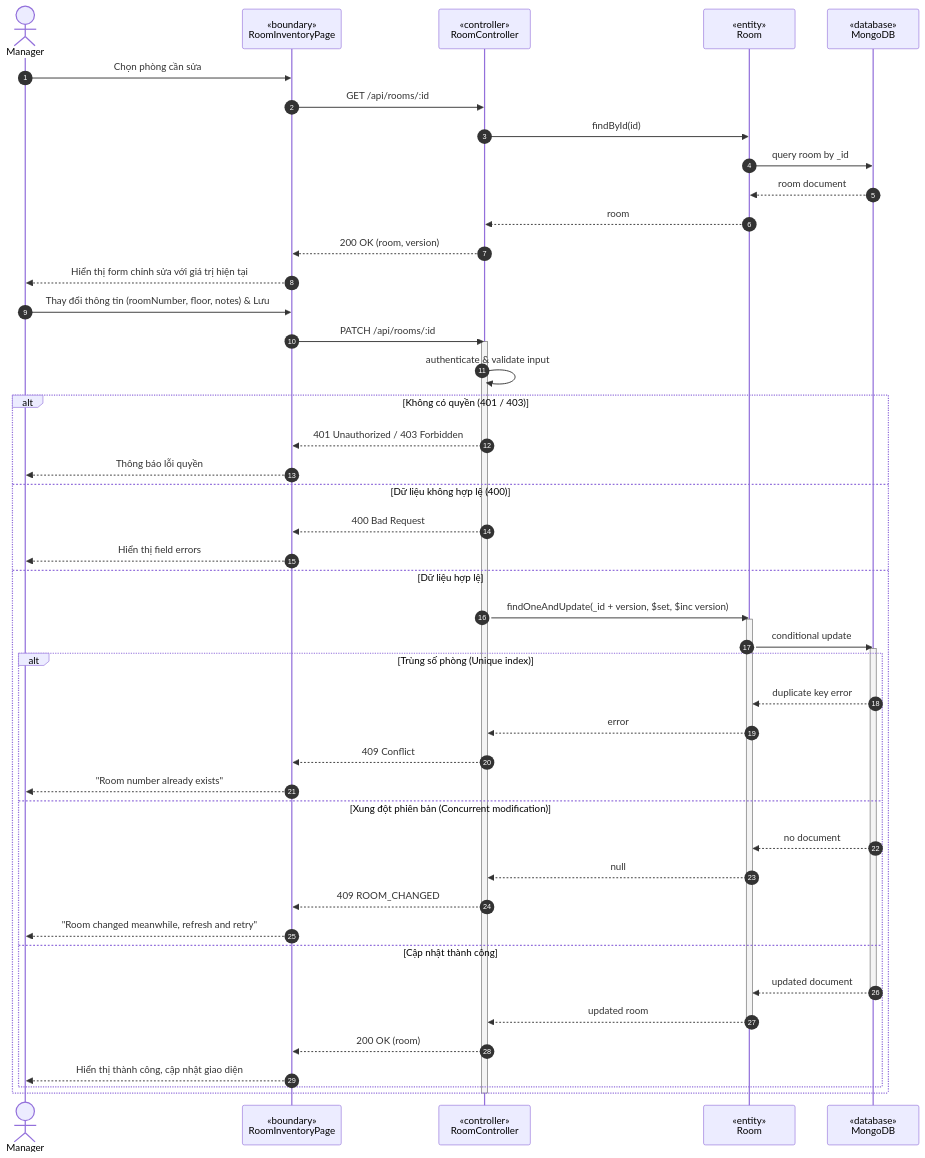
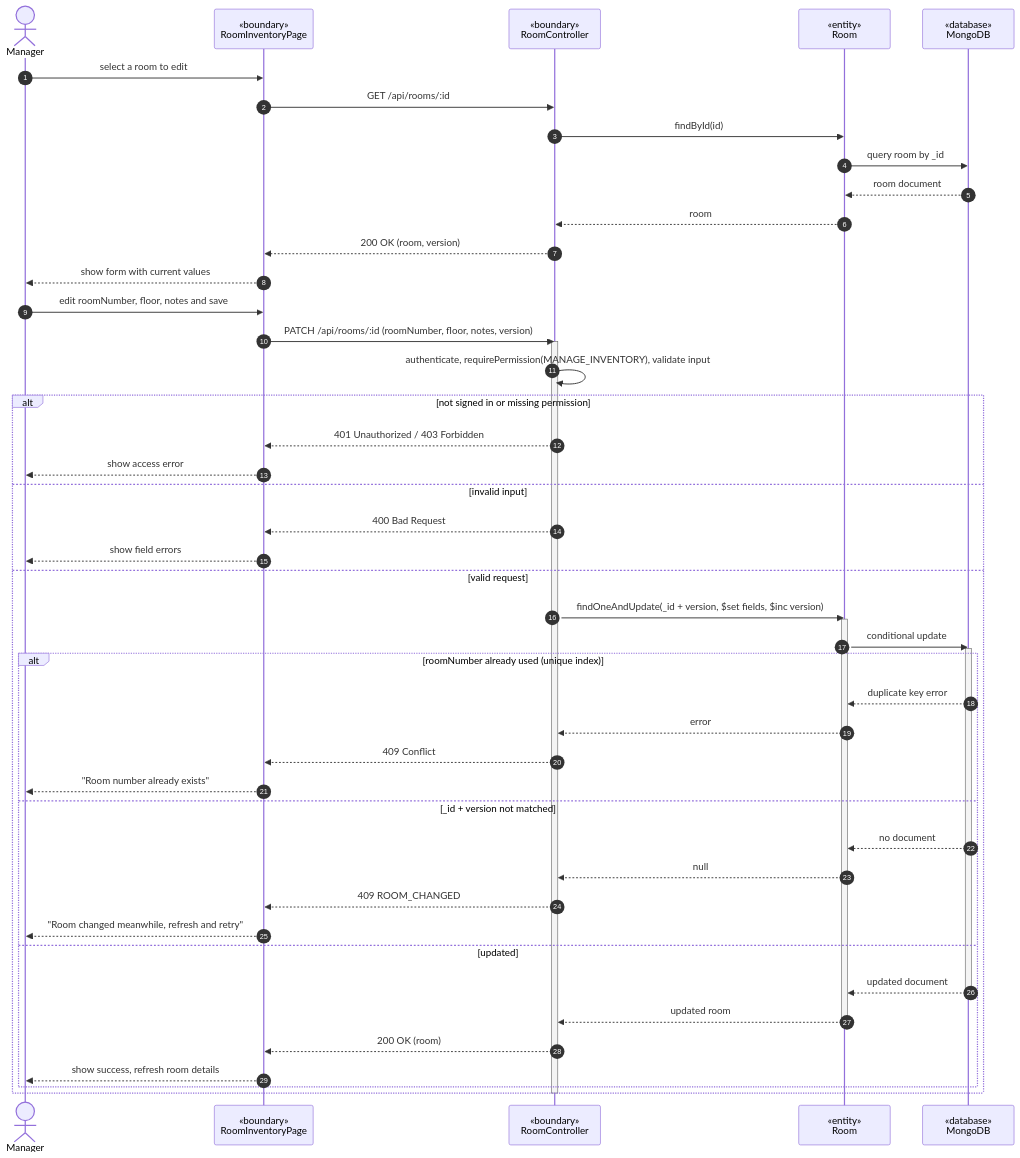
Before and after one commit to WanFJava/MotalManagementSystems: the third of 6 diagrams in docs/UML_ROOM_MODULE_QUANG.md, drawn with Mermaid. The commit also changed other lines of this file and 5 other files, not shown here.

Commit message:
docs(uml): translate all Class and Sequence Diagrams to 100% English

````diff
--- a/docs/UML_ROOM_MODULE_QUANG.md
+++ b/docs/UML_ROOM_MODULE_QUANG.md
@@ -201,54 +205,54 @@
 ```mermaid
 sequenceDiagram
     autonumber
     actor M as Manager
     participant UI as «boundary»<br>RoomInventoryPage
-    participant C as «controller»<br>RoomController
+    participant C as «boundary»<br>RoomController
     participant R as «entity»<br>Room
     participant DB as «database»<br>MongoDB
 
-    M->>UI: Chọn phòng cần sửa
+    M->>UI: select a room to edit
     UI->>C: GET /api/rooms/:id
     C->>R: findById(id)
     R->>DB: query room by _id
     DB-->>R: room document
     R-->>C: room
     C-->>UI: 200 OK (room, version)
-    UI-->>M: Hiển thị form chỉnh sửa với giá trị hiện tại
+    UI-->>M: show form with current values
 
-    M->>UI: Thay đổi thông tin (roomNumber, floor, notes) & Lưu
-    UI->>C: PATCH /api/rooms/:id
+    M->>UI: edit roomNumber, floor, notes and save
+    UI->>C: PATCH /api/rooms/:id (roomNumber, floor, notes, version)
     activate C
-    C->>C: authenticate & validate input
-    alt Không có quyền (401 / 403)
+    C->>C: authenticate, requirePermission(MANAGE_INVENTORY), validate input
+    alt not signed in or missing permission
         C-->>UI: 401 Unauthorized / 403 Forbidden
-        UI-->>M: Thông báo lỗi quyền
-    else Dữ liệu không hợp lệ (400)
+        UI-->>M: show access error
+    else invalid input
         C-->>UI: 400 Bad Request
-        UI-->>M: Hiển thị field errors
-    else Dữ liệu hợp lệ
-        C->>R: findOneAndUpdate(_id + version, $set, $inc version)
+        UI-->>M: show field errors
+    else valid request
+        C->>R: findOneAndUpdate(_id + version, $set fields, $inc version)
         activate R
         R->>DB: conditional update
         activate DB
-        alt Trùng số phòng (Unique index)
+        alt roomNumber already used (unique index)
             DB-->>R: duplicate key error
             R-->>C: error
             C-->>UI: 409 Conflict
             UI-->>M: "Room number already exists"
-        else Xung đột phiên bản (Concurrent modification)
+        else _id + version not matched
             DB-->>R: no document
             R-->>C: null
             C-->>UI: 409 ROOM_CHANGED
             UI-->>M: "Room changed meanwhile, refresh and retry"
-        else Cập nhật thành công
+        else updated
             DB-->>R: updated document
             deactivate DB
             R-->>C: updated room
             deactivate R
             C-->>UI: 200 OK (room)
-            UI-->>M: Hiển thị thành công, cập nhật giao diện
+            UI-->>M: show success, refresh room details
         end
     end
     deactivate C
 ```
````
